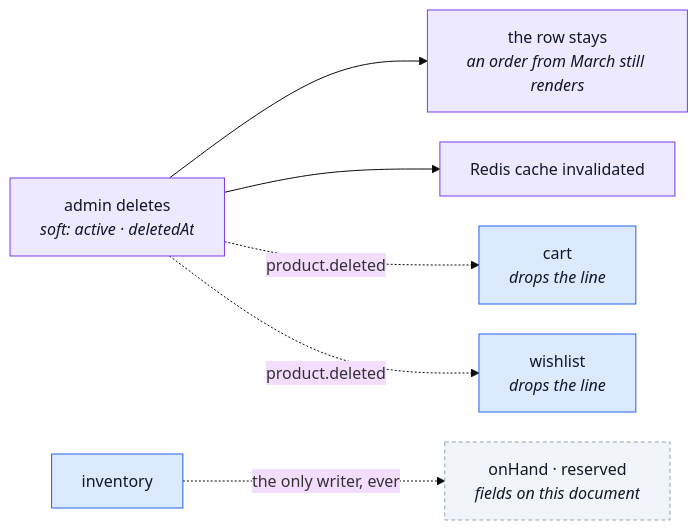
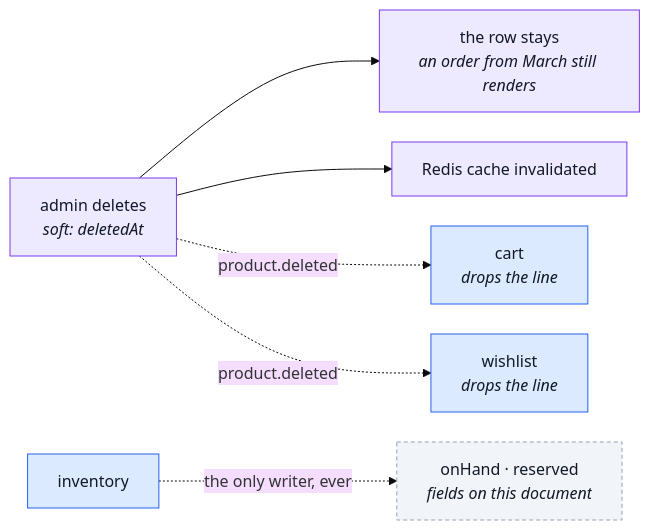
One commit to Guebbit/boilerplate-node-backend changed the second of 2 diagrams in docs/modules/products.md. Above: the diagram before and after it, drawn with Mermaid (base theme). The commit also changed other lines of this file and 1 other file, not shown here.

Commit message:
docs(products): describe what a deactivated or soft-deleted product does in carts
The event comment promised carts a read of availability: unavailable that was never built; a
signed-in cart keeps the line flagged and checkout refuses it, a guest cart drops it. A soft
delete sets deletedAt only, not active.

````diff
--- a/docs/modules/products.md
+++ b/docs/modules/products.md
@@ -84,16 +84,16 @@
 ```mermaid
 %%{init: {'flowchart': {'nodeSpacing': 30, 'rankSpacing': 55}}}%%
 flowchart LR
-    D["admin deletes<br/><i>soft: active · deletedAt</i>"] --> R["the row stays<br/><i>an order from March still renders</i>"]
+    D["admin deletes<br/><i>soft: deletedAt</i>"] --> R["the row stays<br/><i>an order from March still renders</i>"]
     D --> C["Redis cache invalidated"]
     D -. "product.deleted" .-> CA["cart<br/><i>drops the line</i>"]
     D -. "product.deleted" .-> WI["wishlist<br/><i>drops the line</i>"]
     IN["inventory"] -.->|"the only writer, ever"| ST["onHand · reserved<br/><i>fields on this document</i>"]
 
     classDef own fill:#ede9fe,stroke:#7c3aed,color:#111827;
     classDef peer fill:#dbeafe,stroke:#2563eb,color:#111827;
     classDef note fill:#f1f5f9,stroke:#94a3b8,color:#111827,stroke-dasharray:4 3;
     class D,R,C own;
     class CA,WI,IN peer;
     class ST note;
 ```
````
